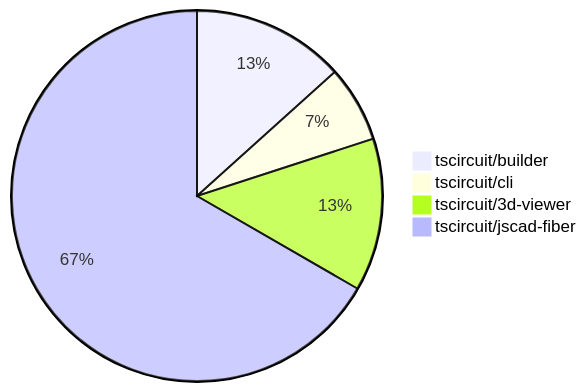
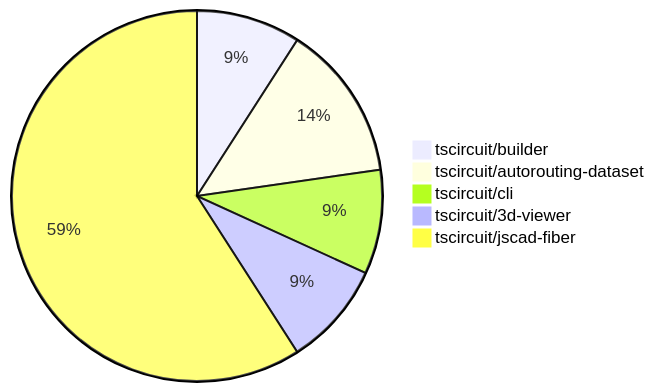
One commit to tscircuit/contribution-tracker changed the diagram in README.md. Above: the diagram before and after it, drawn with Mermaid. The commit also changed other lines of this file and 1 other file, not shown here.

````diff
--- a/README.md
+++ b/README.md
@@ -24,7 +24,8 @@
 ```mermaid
 pie
     "tscircuit/builder" : 2
-    "tscircuit/cli" : 1
+    "tscircuit/autorouting-dataset" : 3
+    "tscircuit/cli" : 2
     "tscircuit/3d-viewer" : 2
-    "tscircuit/jscad-fiber" : 10
+    "tscircuit/jscad-fiber" : 13
 ```
````
